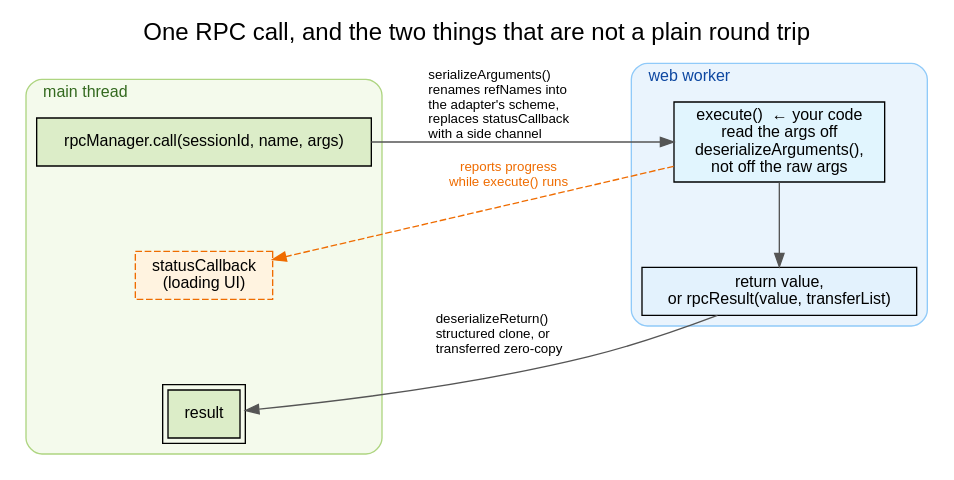
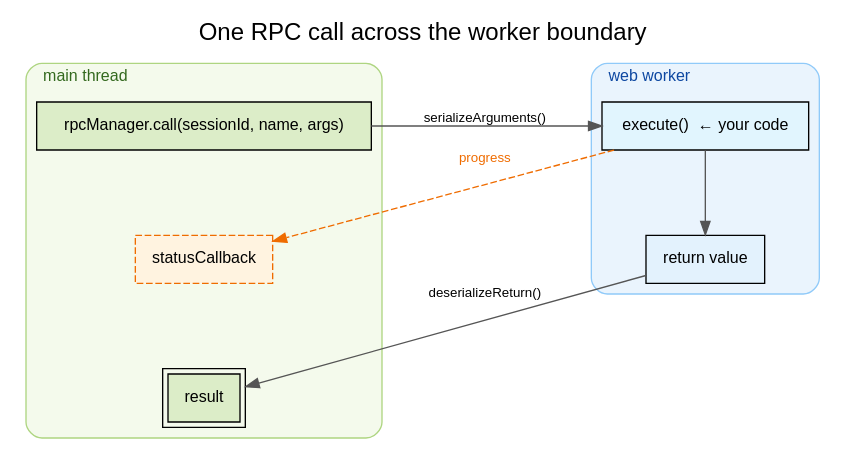
The diagram in website/diagrams/rpc_lifecycle.dot (GMOD/jbrowse-components), drawn with Graphviz before and after one commit. The commit also changed 6 other files, not shown here.

```diff
--- a/website/diagrams/rpc_lifecycle.dot
+++ b/website/diagrams/rpc_lifecycle.dot
@@ -1,131 +1,132 @@
 // The boundary is a cluster box, and the serialize/deserialize hooks are edge
 // labels rather than nodes. As nodes there were four of them around one
 // execute(), so the picture read as a six-step pipeline whose middle step
 // happened to be the reader's code. Each hook belongs to a crossing, and a
 // crossing is an edge, so labelling the edges puts the hooks where they act and
 // leaves the boundary as the only thing drawn.
 //
 // BOTH SIDES ARE BOXES NOW (review: "can add after result boxes clarifying that
 // this is the main thread"). One box and three loose nodes read as "the worker,
 // and some other stuff"; two boxes read as a boundary, which is the subject. It
 // also pays for itself twice over in label text: `statusCallback` used to have
 // to SAY "on the main thread", and the green fill used to be the only thing
 // distinguishing the caller's two nodes from the worker's.
 //
 // Colour is now redundant with the boxes and is kept anyway — it is what carries
 // the distinction into the thumbnail, where the cluster labels are unreadable.
 //
+// EVERY LABEL IS A NAME (review: "this looks a bit chaotic. wordiness needs to
+// be substantially reduced. the serializeArguments has too much detail for
+// example"). Each node and edge carries what the thing is CALLED and stops
+// there, so the figure answers "what runs, where, in what order" and the page
+// answers everything else. What came off it is all on the page under the
+// figure: which hooks are yours to override, what the serialize step does to
+// refNames and functions, where execute() should read its arguments from, and
+// the transferList form of a return.
+//
+// The review offered a simplified figure beside an extended one as a fallback,
+// and one short figure turned out to be enough — a second diagram of the same
+// five nodes would need the reader to work out what changed between them.
+//
 // Three layout constraints, each of which cost a re-render to find:
 //
 // The main thread's nodes must be CONTIGUOUS IN RANK for dot to give them a box
 // that does not swallow the worker's. `call` at rank 0 and `result` at rank 3
 // (the shape of the round trip, TB) cannot be boxed at all: the cluster would
 // span the worker's ranks and dot draws the two rectangles overlapping. So it is
 // one rank per side — `rankdir=LR`, main thread rank 0, worker rank 1, each side
 // a column of its own — and the return trip is a back edge between adjacent
-// columns, `constraint=false` so it adds no rank. Both sides being one rank is
-// what keeps the two crossings short; see the note on `ret` below.
+// columns, `constraint=false` so it adds no rank.
 //
 // No `{ rank=same; exec; status }`. Ranking an outside node against one inside a
 // cluster EVICTS it ("exec was already in a rankset, deleted from cluster"), so
 // the boundary box loses the node it exists to enclose. `status` is inside
 // cluster_main now, ordered against its siblings by the invisible edges below,
 // which is a rankset entirely within one cluster and so does not evict anything.
 //
 // Each cluster's label is short and left-justified because an incoming arrow
 // enters the box at its edge midpoint, which a centred label gets struck
 // through by. Sticky-per-sessionId is the paragraph under the figure rather than
 // a second line here.
 digraph rpc_lifecycle {
   rankdir=LR
   labelloc=t
   fontname="Helvetica"
   fontsize=18
-  label="One RPC call, and the two things that are not a plain round trip"
+  label="One RPC call across the worker boundary"
   nodesep=0.45
-  ranksep=1.1
+  // 1.1 was sized for four-line crossing labels. At one line each, that much
+  // gap leaves the two columns floating; the labels still fit at 0.8.
+  ranksep=0.8
 
   node [shape=box, fontname="Helvetica", fontsize=12, style=filled]
   edge [fontname="Helvetica", fontsize=10, color="#555555"]
 
   subgraph cluster_main {
     label="main thread"
     labelloc=t
     labeljust=l
     fontname="Helvetica"
     fontsize=12
     fontcolor="#33691e"
     style="filled,rounded"
     color="#aed581"
     fillcolor="#f4faec"
 
     call [label="rpcManager.call(sessionId, name, args)", fillcolor="#dcedc8"]
     status [
-      label="statusCallback\n(loading UI)"
+      label="statusCallback"
       style="filled,dashed"
       fillcolor="#fff3e0"
       color="#ef6c00"
     ]
     result [label="result", peripheries=2, fillcolor="#dcedc8"]
 
     // order down the column: the call, then what it is reported to while it
     // runs, then what comes back. Invisible and inside the cluster, so no node
     // is evicted from a box by a rankset.
     //
     // Written bottom-up because that is what dot does with it: within a rankset
     // the edge direction sets the order along the rank, and under rankdir=LR a
     // rank runs UP the page, so `call -> status -> result` puts the call at the
     // bottom. Rendered both ways to be sure.
     { rank=same; result -> status -> call [style=invis] }
   }
 
   subgraph cluster_worker {
     label="web worker"
     labelloc=t
     labeljust=l
     fontname="Helvetica"
     fontsize=12
     fontcolor="#0d47a1"
     style="filled,rounded"
     color="#90caf9"
     fillcolor="#eaf4fd"
 
-    exec [
-      label="execute()  ← your code\nread the args off\ndeserializeArguments(),\nnot off the raw args"
-      fillcolor="#e1f5fe"
-    ]
-    ret [
-      label="return value,\nor rpcResult(value, transferList)"
-      fillcolor="#e3f2fd"
-    ]
+    exec [label="execute()  ← your code", fillcolor="#e1f5fe"]
+    ret [label="return value", fillcolor="#e3f2fd"]
     // ONE COLUMN, like the main thread's. Left to its own rank `ret` lands a
     // column further right, which puts the return crossing at the far side of
     // the drawing from the node it returns to — dot drew it as a sweep under
     // the entire figure with its label stranded in the middle. Same rank, so
     // both crossings are between adjacent columns and the picture is the
     // sequence diagram it wants to be.
     { rank=same; ret -> exec [dir=back] }
   }
 
   // The two hooks ride the crossings they belong to.
-  // Narrow wraps on both crossing labels. dot sizes the gap between the two
-  // columns to the widest line of the label riding it, so a two-line label is
-  // most of the figure's width; these were one and the picture came out 2.5:1,
-  // which on a doc page is 12px type.
-  call -> exec [label="  serializeArguments()\l  renames refNames into\l  the adapter's scheme,\l  replaces statusCallback\l  with a side channel\l"]
-  ret -> result [
-    label="  deserializeReturn()\l  structured clone, or\l  transferred zero-copy\l"
-    constraint=false
-  ]
+  call -> exec [label="  serializeArguments()  "]
+  ret -> result [label="  deserializeReturn()  ", constraint=false]
 
   // The one function-shaped thing that crosses, and it never actually crosses:
   // the worker holds a side channel, the function itself is in the box it
   // started in.
   exec -> status [
-    label="  reports progress\n  while execute() runs"
+    label="  progress  "
     style=dashed
     constraint=false
     color="#ef6c00"
     fontcolor="#ef6c00"
   ]
 }
```
